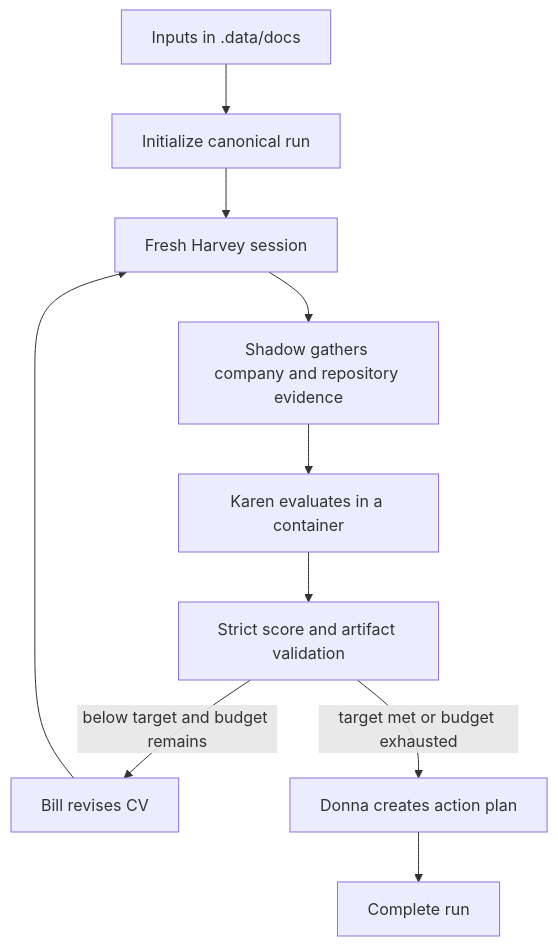
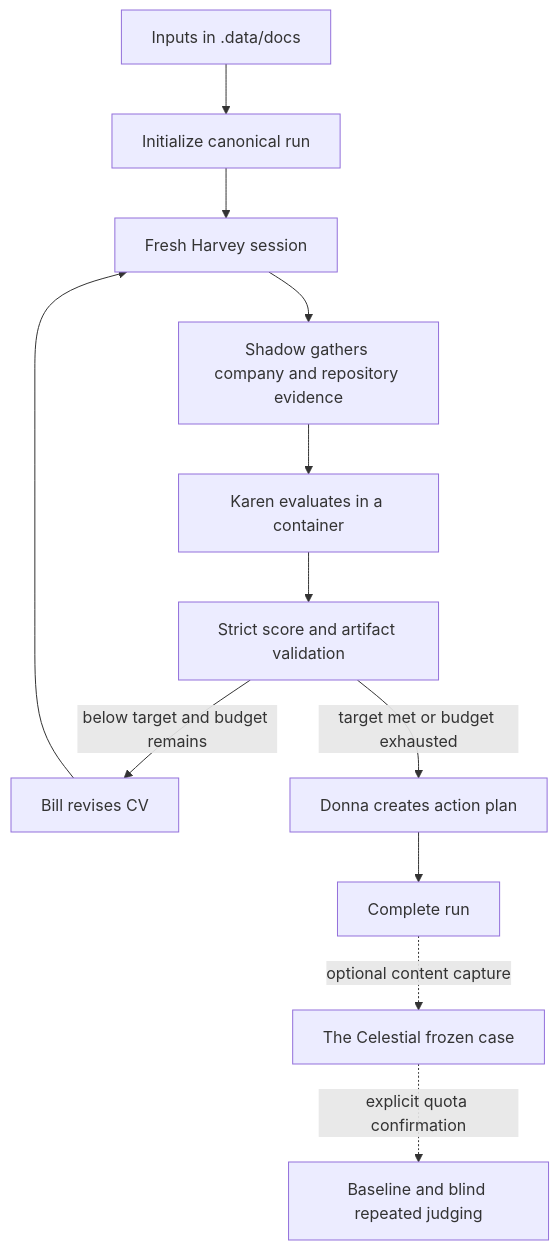
The diagram in README.md (al4xdev/crime_alley_cv), drawn with Mermaid before and after one commit. The commit also changed other lines of this file and 1 other file, not shown here.

Commit message:
docs: describe celestial benchmark workflow

````diff
--- a/README.md
+++ b/README.md
@@ -21,12 +21,14 @@
 ```mermaid
 flowchart TD
     A[Inputs in .data/docs] --> B[Initialize canonical run]
     B --> C[Fresh Harvey session]
     C --> D[Shadow gathers company and repository evidence]
     D --> E[Karen evaluates in a container]
     E --> F[Strict score and artifact validation]
     F -->|below target and budget remains| G[Bill revises CV]
     G --> C
     F -->|target met or budget exhausted| H[Donna creates action plan]
     H --> I[Complete run]
+    I -. optional content capture .-> J[The Celestial frozen case]
+    J -. explicit quota confirmation .-> K[Baseline and blind repeated judging]
 ```
````
